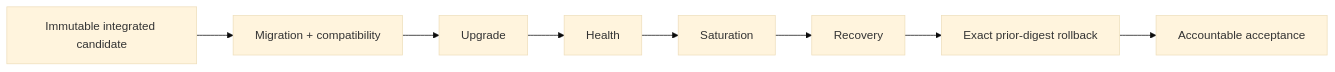
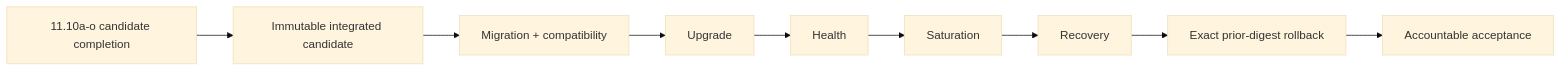
One commit to GJvManen/dtmo changed the diagram in docs/roadmap/PRODUCTION_ROADMAP.md. Above: the diagram before and after it, drawn with Mermaid (base theme). The commit also changed other lines of this file, not shown here.

Commit message:
docs: sequence production roadmap through workbench candidate completion

````diff
--- a/docs/roadmap/PRODUCTION_ROADMAP.md
+++ b/docs/roadmap/PRODUCTION_ROADMAP.md
@@ -55,10 +82,11 @@
 ```mermaid
 flowchart LR
-    I[Immutable integrated candidate] --> M[Migration + compatibility]
+    C[11.10a-o candidate completion] --> F[Immutable integrated candidate]
+    F --> M[Migration + compatibility]
     M --> U[Upgrade]
     U --> H[Health]
     H --> S[Saturation]
     S --> R[Recovery]
     R --> B[Exact prior-digest rollback]
     B --> A[Accountable acceptance]
 ```
````
